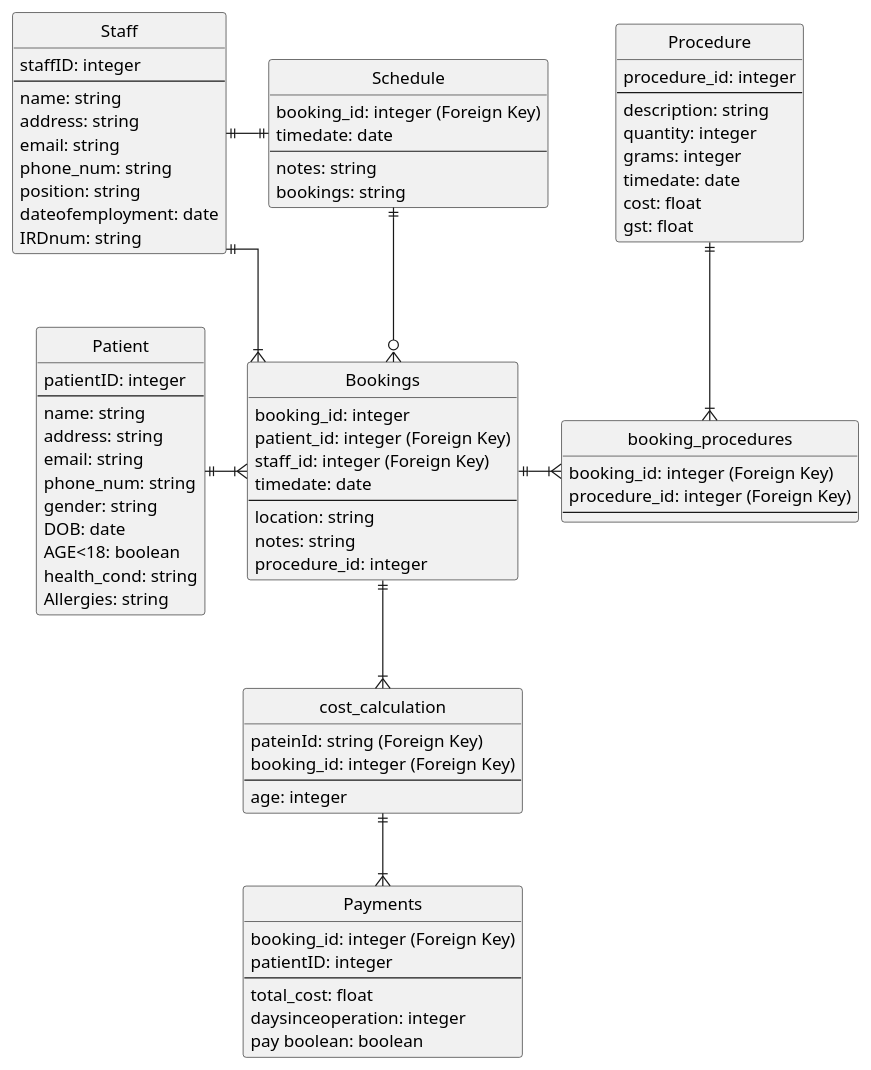
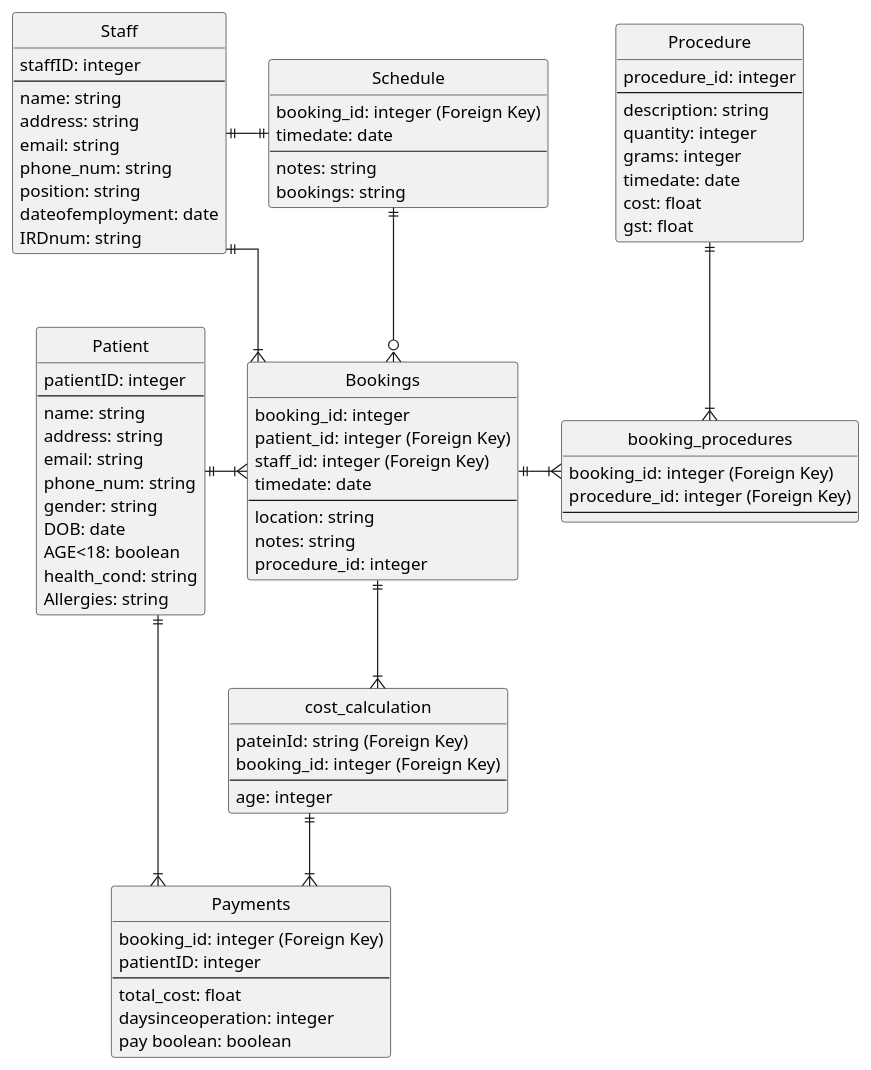
The diagram in ERD.puml (yosyu218/COSC344), drawn with PlantUML before and after one commit.

Commit message:
erd update

```diff
--- a/ERD.puml
+++ b/ERD.puml
@@ -1,92 +1,93 @@
 @startuml
 skinparam Style StrictUML
 skinparam Linetype ortho 
 
 
 
 class Patient {
     patientID: integer 
     --
     name: string
     address: string
     email: string
     phone_num: string
     gender: string
     DOB: date
     AGE<18: boolean
     health_cond: string
     Allergies: string
 }
 
 class Staff {
     staffID: integer
     --
     name: string
     address: string
     email: string
     phone_num: string
     position: string
     dateofemployment: date
     IRDnum: string
 }
 
 class Bookings {
     booking_id: integer
     patient_id: integer (Foreign Key)
     staff_id: integer (Foreign Key)
     timedate: date
     --
     location: string
     notes: string
     procedure_id: integer
 }
 
 class Procedure {
     procedure_id: integer
     --
     description: string
     quantity: integer
     grams: integer
     timedate: date
     cost: float
     gst: float
 }
 
 class booking_procedures {
     booking_id: integer (Foreign Key)
     procedure_id: integer (Foreign Key)
     --
 }
 
 class Schedule {
     booking_id: integer (Foreign Key)
     timedate: date
     --
     notes: string
     bookings: string
 }
 
 class Payments {
     booking_id: integer (Foreign Key)
     patientID: integer
     --
     total_cost: float
     daysinceoperation: integer
     pay boolean: boolean
 }
 
 class cost_calculation {
     pateinId: string (Foreign Key)
     booking_id: integer (Foreign Key)
     --
     age: integer
 }
 Patient ||-|{ Bookings
 Staff ||--|{ Bookings
 Bookings ||-|{ booking_procedures
 Procedure ||--|{ booking_procedures
 Schedule ||-o{ Bookings
 Staff ||-|| Schedule
 Bookings ||--|{cost_calculation
 cost_calculation ||--|{ Payments
+Patient ||-|{ Payments
 @enduml
```
